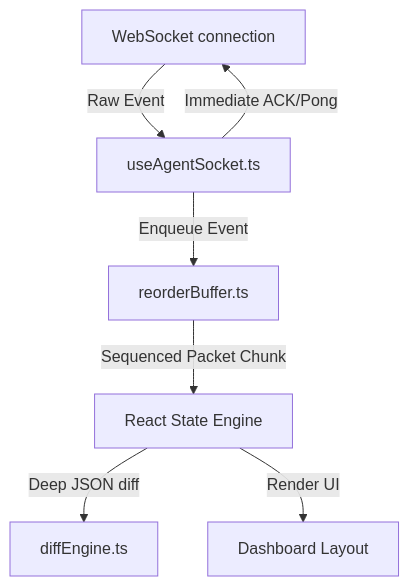
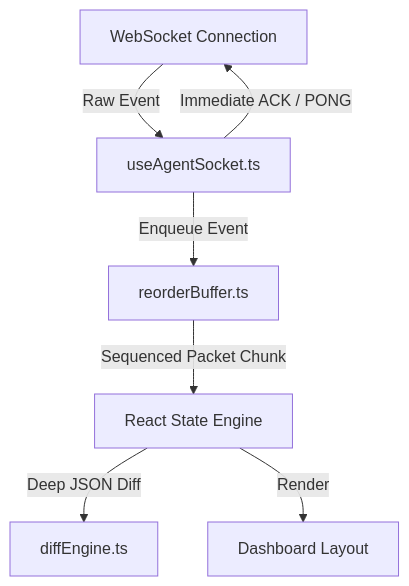
One commit to pvsaravanan/alchemyst-agent-console changed the first of 2 diagrams in README.md. Above: the diagram before and after it, drawn with Mermaid. The commit also changed other lines of this file, not shown here.

````diff
--- a/README.md
+++ b/README.md
@@ -26,9 +29,9 @@
 ```mermaid
 graph TD
-    WS[WebSocket connection] -->|Raw Event| SocketHook[useAgentSocket.ts]
-    SocketHook -->|Immediate ACK/Pong| WS
+    WS[WebSocket Connection] -->|Raw Event| SocketHook[useAgentSocket.ts]
+    SocketHook -->|Immediate ACK / PONG| WS
     SocketHook -->|Enqueue Event| ReorderBuffer[reorderBuffer.ts]
     ReorderBuffer -->|Sequenced Packet Chunk| ReactState[React State Engine]
-    ReactState -->|Deep JSON diff| DiffEngine[diffEngine.ts]
-    ReactState -->|Render UI| View[Dashboard Layout]
+    ReactState -->|Deep JSON Diff| DiffEngine[diffEngine.ts]
+    ReactState -->|Render| View[Dashboard Layout]
 ```
````
